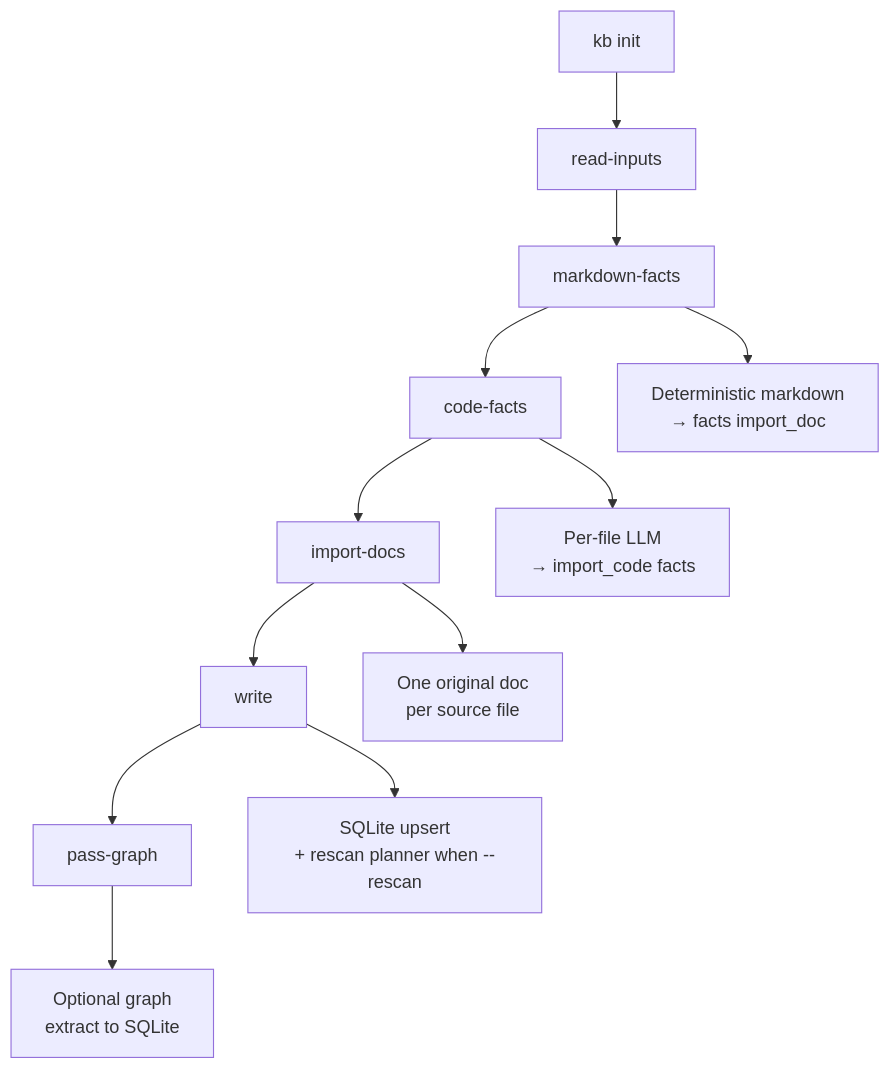
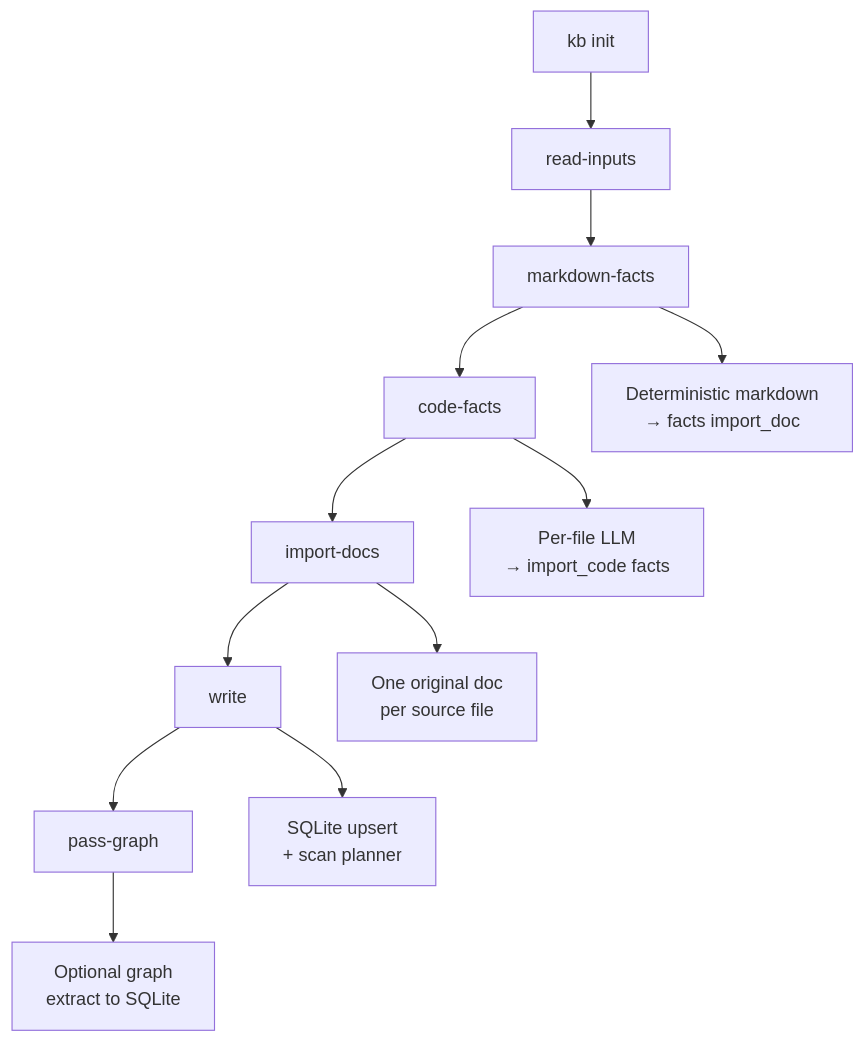
One commit to rosenjcb/kb changed the second of 2 diagrams in src/core/INIT.md. Above: the diagram before and after it, drawn with Mermaid. The commit also changed other lines of this file and 18 other files, not shown here.

````diff
--- a/src/core/INIT.md
+++ b/src/core/INIT.md
@@ -28,15 +28,15 @@
 ```mermaid
 flowchart TD
     A[kb init] --> R[read-inputs]
     R --> MF[markdown-facts]
     MF --> CF[code-facts]
     CF --> IM[import-docs]
     IM --> W[write]
     W --> PG[pass-graph]
 
     MF --> MF1["Deterministic markdown\n→ facts import_doc"]
     CF --> CF1["Per-file LLM\n→ import_code facts"]
     IM --> IM1["One original doc\nper source file"]
-    W --> W1["SQLite upsert\n+ rescan planner when --rescan"]
+    W --> W1["SQLite upsert\n+ scan planner"]
     PG --> PG1["Optional graph\nextract to SQLite"]
 ```
````
